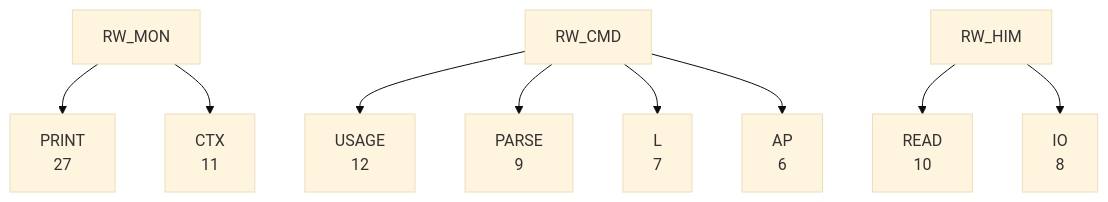
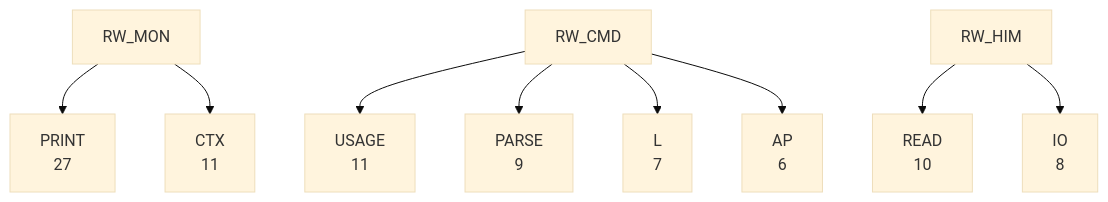
The third of 8 diagrams in DOC/GENERATED/ROUTINE_WORD_TREE.md (95westus/R-YORS), drawn with Mermaid (base theme) before and after one commit. The commit also changed other lines of this file and 243 other files, not shown here.

````diff
--- a/DOC/GENERATED/ROUTINE_WORD_TREE.md
+++ b/DOC/GENERATED/ROUTINE_WORD_TREE.md
@@ -47,11 +47,11 @@
 ```mermaid
 flowchart TD
     RW_MON --> RW_MON_PRINT["PRINT<br/>27"]
-    RW_CMD --> RW_CMD_USAGE["USAGE<br/>12"]
+    RW_CMD --> RW_CMD_USAGE["USAGE<br/>11"]
     RW_MON --> RW_MON_CTX["CTX<br/>11"]
     RW_HIM --> RW_HIM_READ["READ<br/>10"]
     RW_CMD --> RW_CMD_PARSE["PARSE<br/>9"]
     RW_HIM --> RW_HIM_IO["IO<br/>8"]
     RW_CMD --> RW_CMD_L["L<br/>7"]
     RW_CMD --> RW_CMD_AP["AP<br/>6"]
 ```
````
